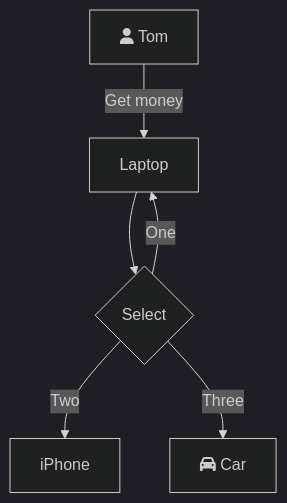
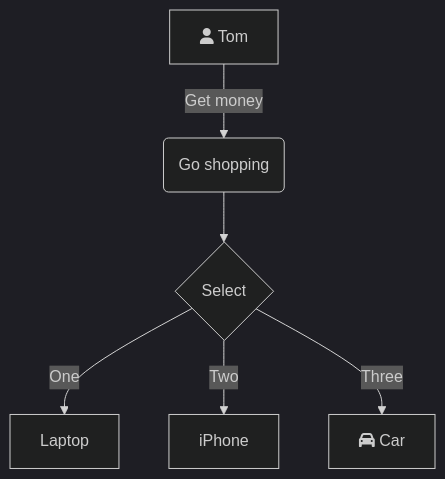
The diagram in all/未命名.md (AlkeySheng/iodraw-files), drawn with Mermaid (dark theme) before and after one commit.

Commit message:
2024-05-20 12:37:53 update

````diff
--- a/all/未命名.md
+++ b/all/未命名.md
@@ -1,9 +1,9 @@
 ```mermaid
 graph TD
     A[fa:fa-user Tom] -->|Get money| B(Go shopping)
     B --> C{Select}
-    C -->|One| B[Laptop]
+    C -->|One| D[Laptop]
     C -->|Two| E[iPhone]
     C -->|Three| F[fa:fa-car Car]
   
 ```
````
